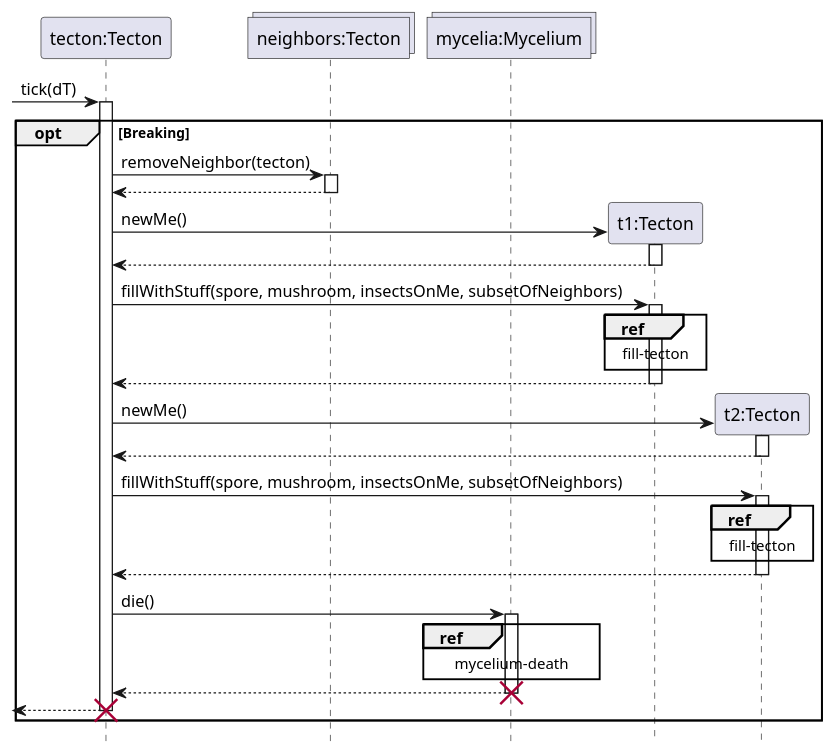
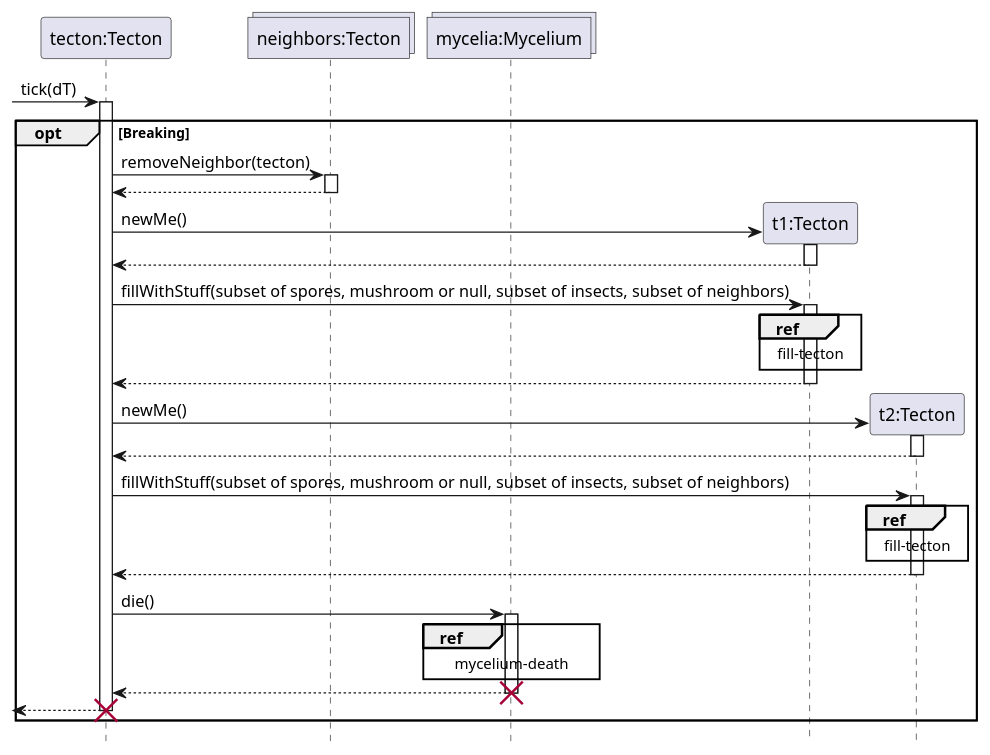
Before and after one commit to ZD4ve/projlab-error521: the diagram in Tecton/tecton-break-seq.pu, drawn with PlantUML. The commit also changed 1 other file, not shown here.

```diff
--- a/Tecton/tecton-break-seq.pu
+++ b/Tecton/tecton-break-seq.pu
@@ -1,54 +1,53 @@
 @startuml Tecton/tecton-break-seq
 hide footbox
 
 participant "tecton:Tecton" as Dying
 collections "neighbors:Tecton" as allNeighbors
 collections "mycelia:Mycelium" as target
 
 -> Dying : tick(dT)
 activate Dying
 opt Breaking
 
 Dying -> allNeighbors : removeNeighbor(tecton)
 activate allNeighbors
 return
 
 create "t1:Tecton" as New1
 Dying -> New1 : newMe()
 activate New1
 return
-Dying -> New1 : fillWithStuff(spore, mushroom, insectsOnMe, subsetOfNeighbors)
+Dying -> New1 : fillWithStuff(subset of spores, mushroom or null, subset of insects, subset of neighbors)
 activate New1
 ref over New1
     fill-tecton
 end ref
 return
 
 create "t2:Tecton" as New2
-'Newme helyett mi'
 Dying -> New2 : newMe()
 activate New2
 return
 
-Dying -> New2 : fillWithStuff(spore, mushroom, insectsOnMe, subsetOfNeighbors)
+Dying -> New2 : fillWithStuff(subset of spores, mushroom or null, subset of insects, subset of neighbors)
 activate New2
 ref over New2
     fill-tecton
 end ref
 return
 
 Dying -> target : die()
 activate target
 
 ref over target
     mycelium-death
 end ref
 
 return
 destroy target
 
 <-- Dying
 destroy Dying
 end
 
 @enduml
```
